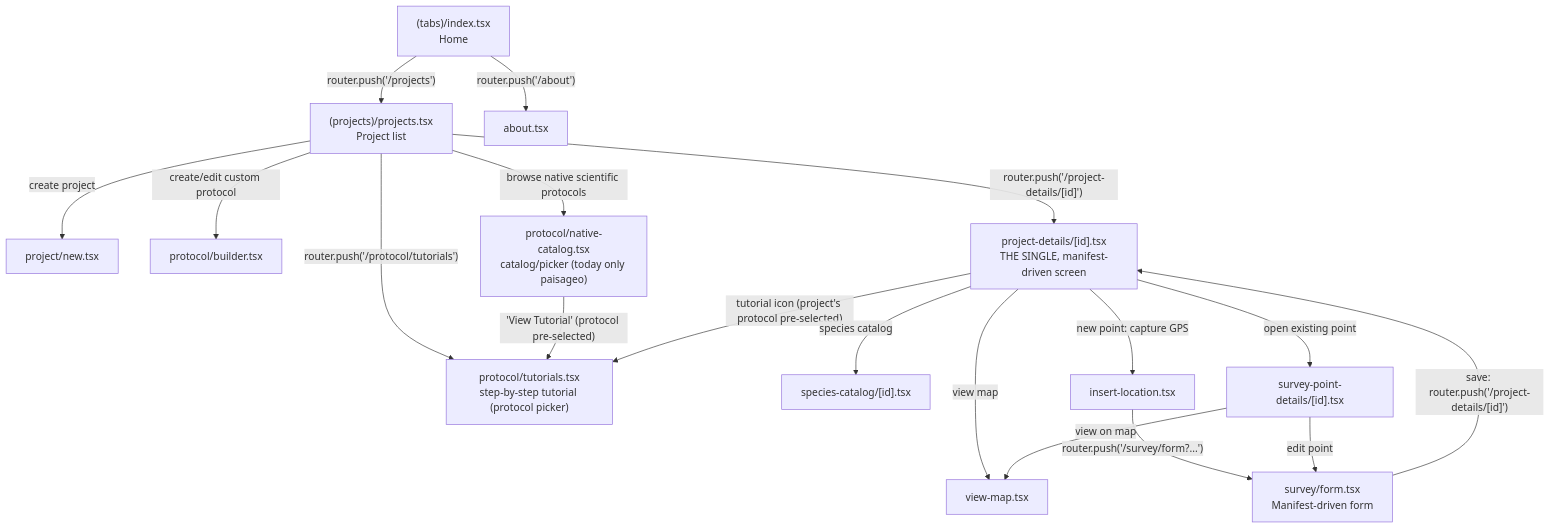
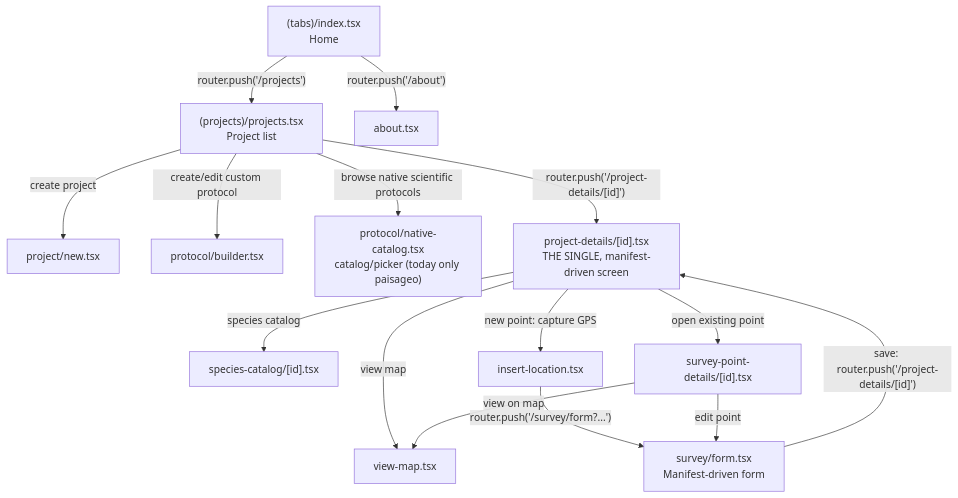
The second of 4 diagrams in docs/09_SCREEN_FLOW.md (pablonvsx/nomos), drawn with Mermaid before and after one commit. The commit also changed other lines of this file and 17 other files, not shown here.

````diff
--- a/docs/09_SCREEN_FLOW.md
+++ b/docs/09_SCREEN_FLOW.md
@@ -21,25 +21,21 @@
 ```mermaid
 flowchart TD
     Home["(tabs)/index.tsx<br/>Home"] -->|"router.push('/projects')"| Projects["(projects)/projects.tsx<br/>Project list"]
     Home -->|"router.push('/about')"| About["about.tsx"]
 
     Projects -->|"create project"| NewProject["project/new.tsx"]
     Projects -->|"create/edit custom protocol"| Builder["protocol/builder.tsx"]
     Projects -->|"browse native scientific protocols"| NativeCatalog["protocol/native-catalog.tsx<br/>catalog/picker (today only paisageo)"]
-    Projects -->|"router.push('/protocol/tutorials')"| Tutorials["protocol/tutorials.tsx<br/>step-by-step tutorial (protocol picker)"]
     Projects -->|"router.push('/project-details/[id]')"| Details["project-details/[id].tsx<br/>THE SINGLE, manifest-driven screen"]
-
-    NativeCatalog -->|"'View Tutorial' (protocol pre-selected)"| Tutorials
-    Details -->|"tutorial icon (project's protocol pre-selected)"| Tutorials
 
     Details -->|"view map"| ViewMap["view-map.tsx"]
     Details -->|"species catalog"| SpeciesCatalog["species-catalog/[id].tsx"]
     Details -->|"new point: capture GPS"| InsertLocation["insert-location.tsx"]
     Details -->|"open existing point"| PointDetails["survey-point-details/[id].tsx"]
 
     InsertLocation -->|"router.push('/survey/form?...')"| Form["survey/form.tsx<br/>Manifest-driven form"]
     PointDetails -->|"edit point"| Form
     PointDetails -->|"view on map"| ViewMap
 
     Form -->|"save: router.push('/project-details/[id]')"| Details
 ```
````
